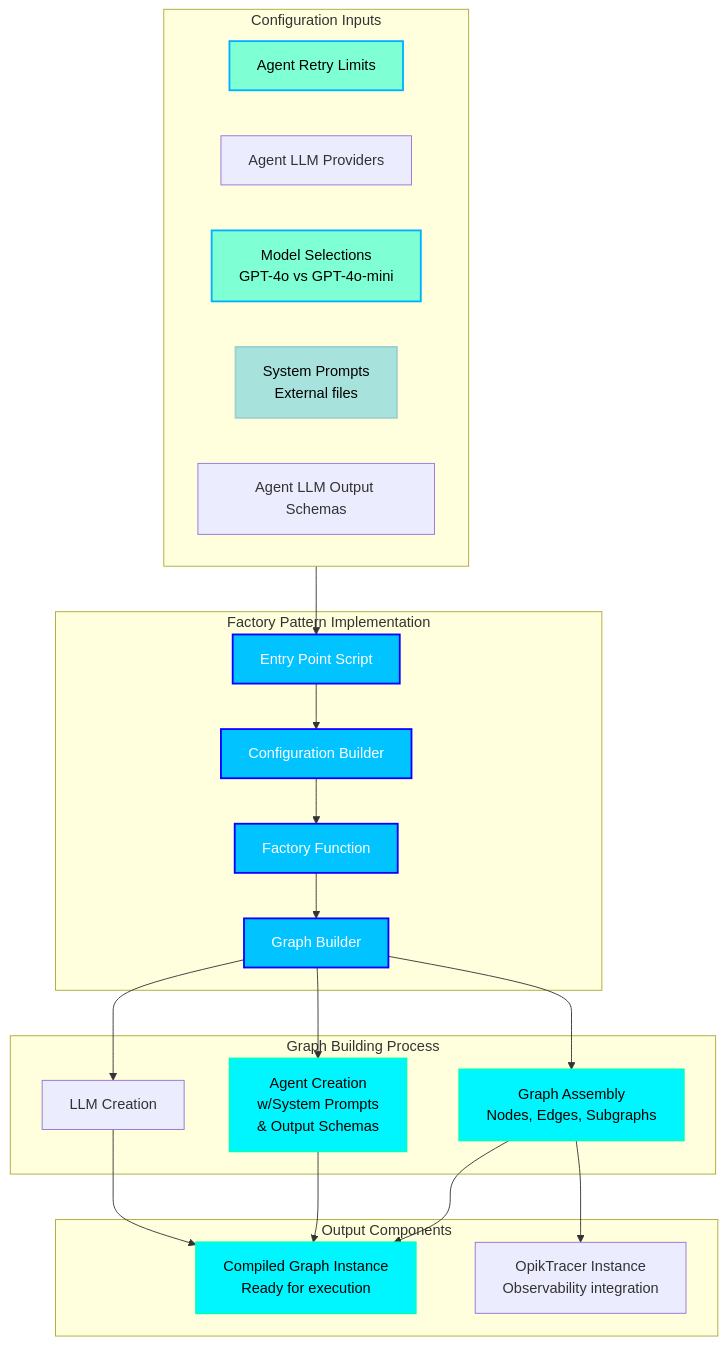
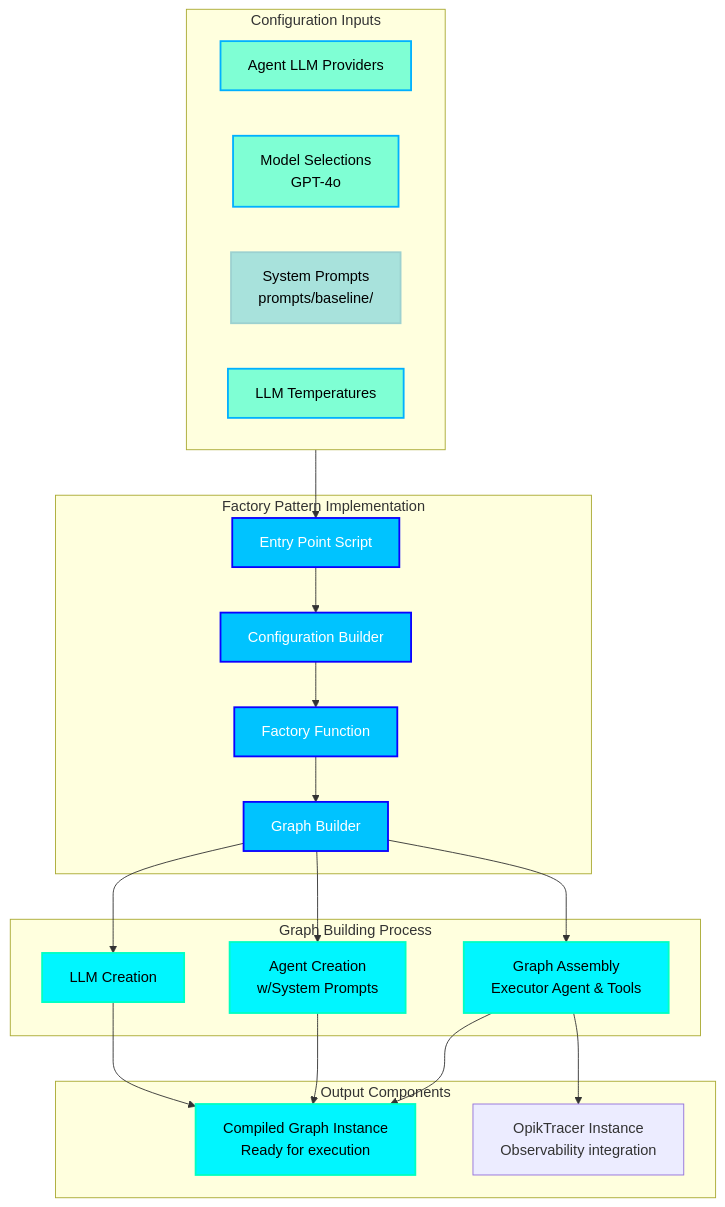
The fifth of 7 diagrams in docs/src/ARCHITECTURE.md (jdsham/hf-ai-agents-course), drawn with Mermaid before and after one commit. The commit also changed other lines of this file and 54 other files, not shown here.

Commit message:
Initial commit for executor + guard agent as a tool architecture.

````diff
--- a/docs/src/ARCHITECTURE.md
+++ b/docs/src/ARCHITECTURE.md
@@ -1898,61 +339,55 @@
 ```mermaid
 graph TB
     %% Graph Configuration
     subgraph ConfigInputs["Configuration Inputs"]
-        RetryLimits[Agent Retry Limits]
         LLMProvider[Agent LLM Providers]
-        Models[Model Selections<br/>GPT-4o vs GPT-4o-mini]
-        SystemPrompts[System Prompts<br/>External files]
-        OutputSchemas[Agent LLM Output Schemas]
+        Models[Model Selections<br/>GPT-4o]
+        SystemPrompts[System Prompts<br/>prompts/baseline/]
+        Temperatures[LLM Temperatures]
     end
     
     %% Factory Pattern Implementation
     subgraph FactoryPattern["Factory Pattern Implementation"]
         EntryPoint[Entry Point Script]
         ConfigBuilder[Configuration Builder]
         Factory[Factory Function]
         GraphBuilder[Graph Builder]
     end
     
     %% Graph Building Process
     subgraph GraphBuilding["Graph Building Process"]
         LLMCreation[LLM Creation]
-        AgentCreation[Agent Creation<br> w/System Prompts <br> & Output Schemas]
-        GraphAssembly[Graph Assembly<br/>Nodes, Edges, Subgraphs]
+        AgentCreation[Agent Creation<br> w/System Prompts]
+        GraphAssembly[Graph Assembly<br/>Executor Agent & Tools]
     end
     
     %% Output Components
     subgraph OutputComponents["Output Components"]
         CompiledGraph[Compiled Graph Instance<br/>Ready for execution]
         OpikTracer[OpikTracer Instance<br/>Observability integration]
     end
     
     %% Factory Pattern Flow
     ConfigInputs --> EntryPoint
-    
     EntryPoint --> ConfigBuilder
-
     ConfigBuilder --> Factory
-    
     Factory --> GraphBuilder
-    
     GraphBuilder --> LLMCreation
     GraphBuilder --> AgentCreation
     GraphBuilder --> GraphAssembly
-    
     LLMCreation --> CompiledGraph
     AgentCreation --> CompiledGraph
     GraphAssembly --> CompiledGraph
     GraphAssembly --> OpikTracer
     
-    %% Styling - Oceanic/Dark Theme Friendly
+    %% Styling
     classDef config fill:#7FFFD4,stroke:#00B0FF,stroke-width:2px,color:#000000
     classDef prompts fill:#A8E2DC,stroke:#9CD1D0,stroke-width:2px,color:#000000
     classDef factory fill:#00C3FF,stroke:#0B00FF,stroke-width:2px,color:#ffffff
     classDef output fill:#00F6FF,stroke:#00FFC3,stroke-width:2px,color:#000000
     
-    class RetryLimits,Temperatures,Models config
-    class SystemPrompts,AgentPrompts,CriticPrompts prompts
-    class EntryPoint,ConfigBuilder,PromptLoader,Factory,GraphBuilder factory
-    class AgentCreation,StateDefaults,GraphAssembly,CompiledGraph output
+    class LLMProvider,Models,Temperatures config
+    class SystemPrompts prompts
+    class EntryPoint,ConfigBuilder,Factory,GraphBuilder factory
+    class LLMCreation,AgentCreation,GraphAssembly,CompiledGraph output
 ```
````
